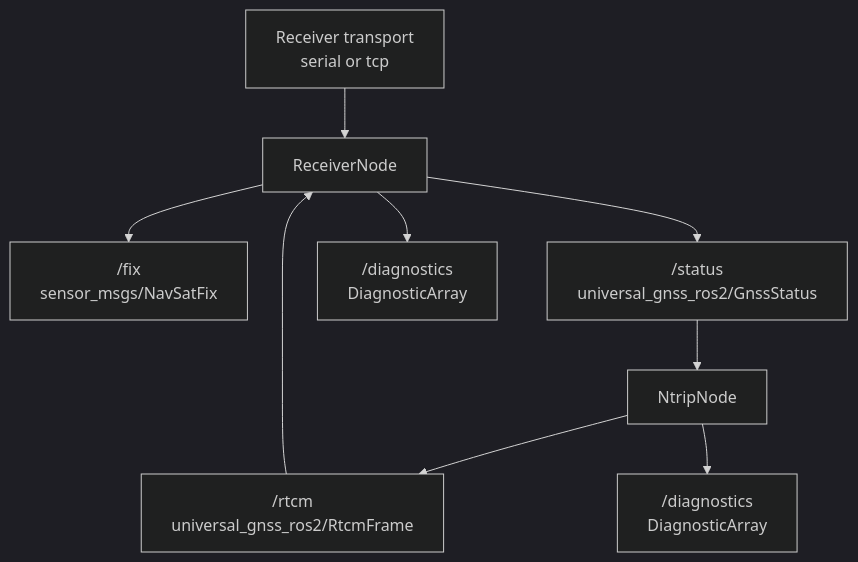
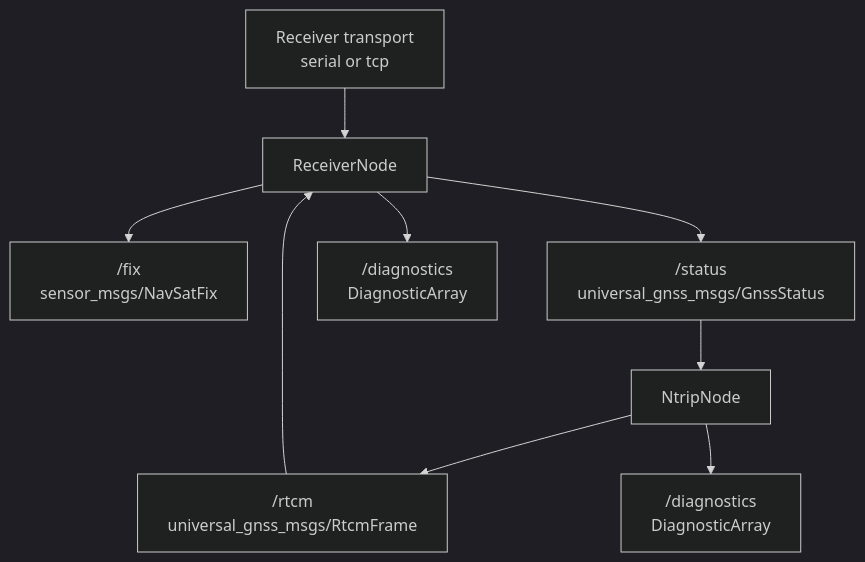
One commit to Pepeuch/universal-gnss changed the diagram in docs/ros2_end_to_end_audit.md. Above: the diagram before and after it, drawn with Mermaid (dark theme). The commit also changed other lines of this file and 22 other files, not shown here.

Commit message:
refactor(ros2): split public interfaces into universal_gnss_msgs

````diff
--- a/docs/ros2_end_to_end_audit.md
+++ b/docs/ros2_end_to_end_audit.md
@@ -25,21 +25,21 @@
 ```mermaid
 flowchart TB
 
     RX["Receiver transport<br/>serial or tcp"]
     RS["ReceiverNode"]
     FIX["/fix<br/>sensor_msgs/NavSatFix"]
-    STATUS["/status<br/>universal_gnss_ros2/GnssStatus"]
-    RTCM["/rtcm<br/>universal_gnss_ros2/RtcmFrame"]
+    STATUS["/status<br/>universal_gnss_msgs/GnssStatus"]
+    RTCM["/rtcm<br/>universal_gnss_msgs/RtcmFrame"]
     DIAG1["/diagnostics<br/>DiagnosticArray"]
     NTRIP["NtripNode"]
     DIAG2["/diagnostics<br/>DiagnosticArray"]
 
     RX --> RS
     RS --> FIX
     RS --> STATUS
     RS --> DIAG1
     STATUS --> NTRIP
     NTRIP --> RTCM
     RTCM --> RS
     NTRIP --> DIAG2
 ```
````
